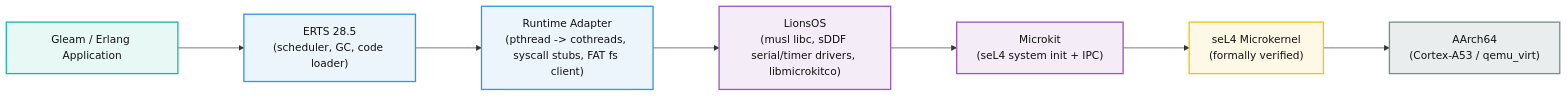
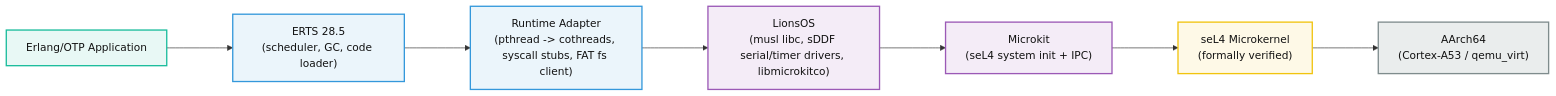
One commit to byzantine-systems/chrysopolis changed the diagram in README.md. Above: the diagram before and after it, drawn with Mermaid. The commit also changed 13 other files, not shown here.

````diff
--- a/README.md
+++ b/README.md
@@ -28,23 +28,23 @@
 ```mermaid
 flowchart LR
     %% Nodes
-    App["Gleam / Erlang Application"]
+    App["Erlang/OTP Application"]
     ERTS["ERTS 28.5<br/>(scheduler, GC, code loader)"]
     Runtime["Runtime Adapter<br/>(pthread -> cothreads, syscall stubs, FAT fs client)"]
     LionsOS["LionsOS<br/>(musl libc, sDDF serial/timer drivers, libmicrokitco)"]
     Microkit["Microkit<br/>(seL4 system init + IPC)"]
     seL4["seL4 Microkernel<br/>(formally verified)"]
     HW["AArch64<br/>(Cortex-A53 / qemu_virt)"]
 
     %% Flow/Stacking
     App ---> ERTS ---> Runtime ---> LionsOS ---> Microkit ---> seL4 ---> HW
 
     %% Style definitions for a clean, professional look
     style App fill:#E8F8F5,stroke:#1ABC9C,stroke-width:2px,color:#111
     style ERTS fill:#EBF5FB,stroke:#3498DB,stroke-width:2px,color:#111
     style Runtime fill:#EBF5FB,stroke:#3498DB,stroke-width:2px,color:#111
     style LionsOS fill:#F4ECF7,stroke:#9B59B6,stroke-width:2px,color:#111
     style Microkit fill:#F4ECF7,stroke:#9B59B6,stroke-width:2px,color:#111
     style seL4 fill:#FEF9E7,stroke:#F1C40F,stroke-width:2px,color:#111
     style HW fill:#EAEDED,stroke:#7F8C8D,stroke-width:2px,color:#111
 ```
````
